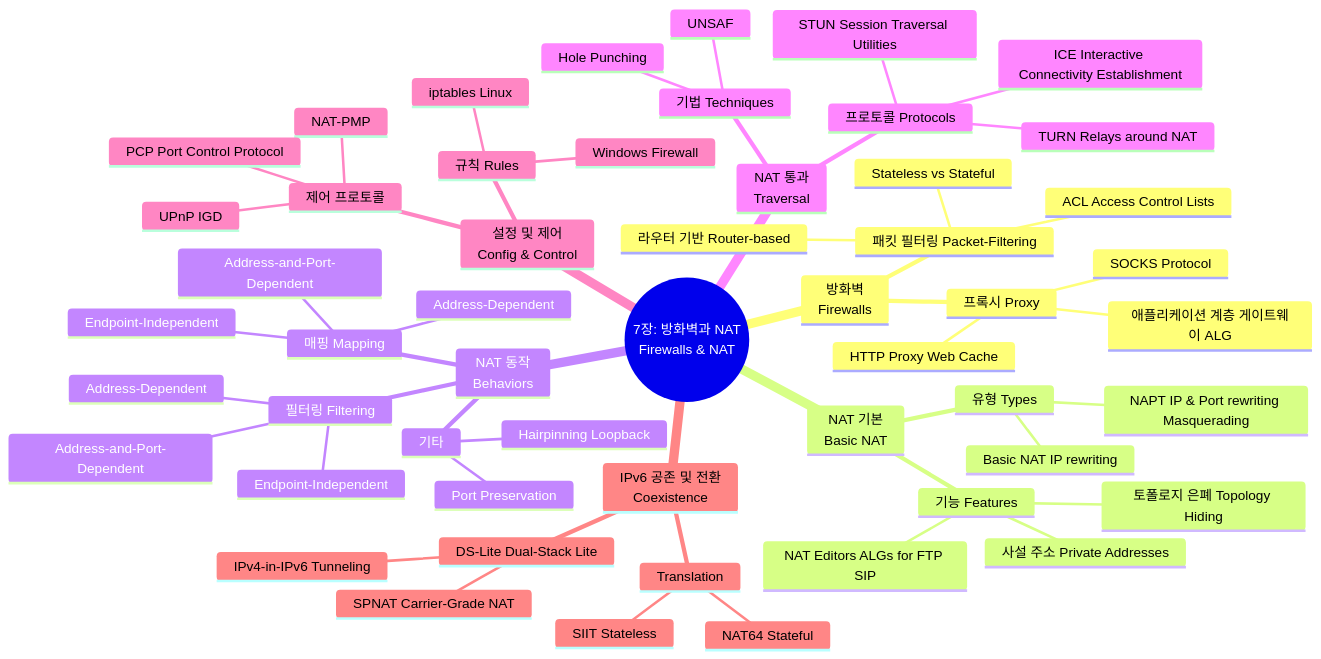
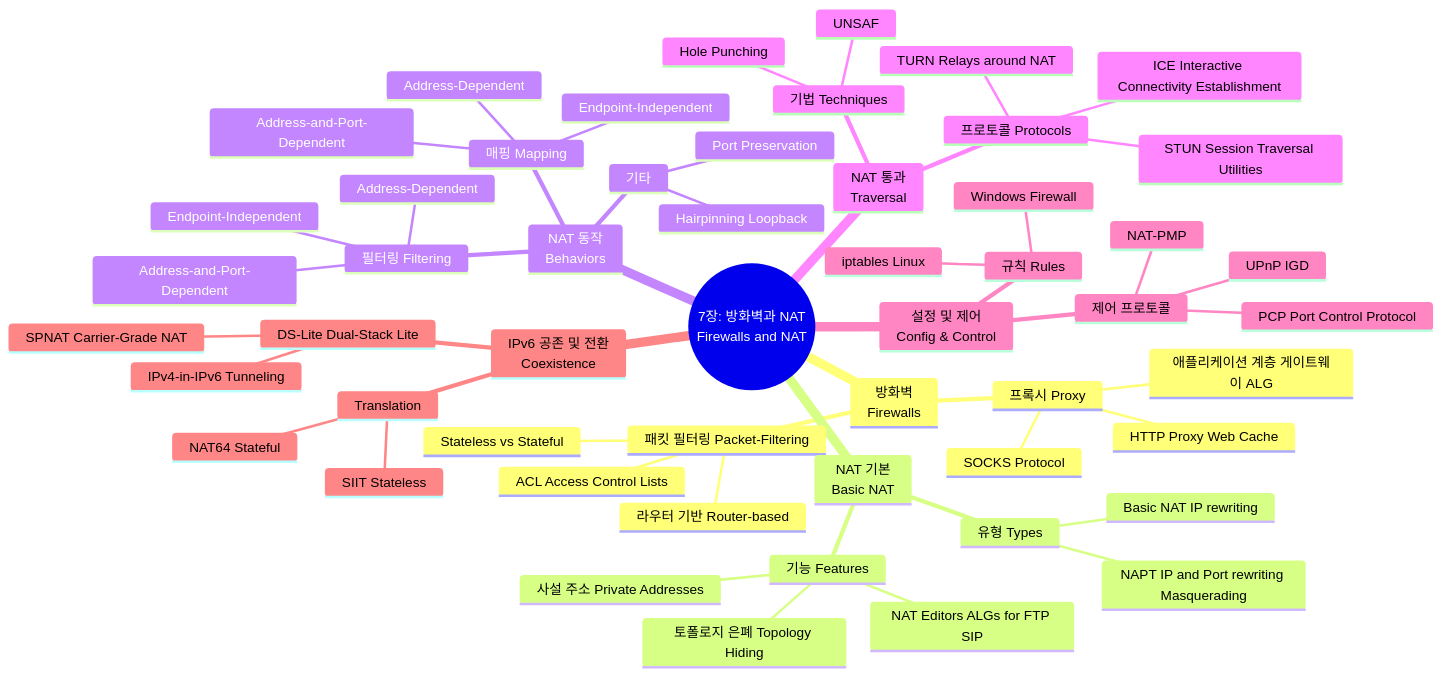
The diagram in 01_inbox/books/tcp_ip_illustrated_1/chapter7.md (youngmin-gwon/what-i-studied), drawn with Mermaid before and after one commit. The commit also changed other lines of this file and 29 other files, not shown here.

````diff
--- a/01_inbox/books/tcp_ip_illustrated_1/chapter7.md
+++ b/01_inbox/books/tcp_ip_illustrated_1/chapter7.md
@@ -11,56 +11,56 @@
 ```mermaid
 mindmap
-  root((7장: 방화벽과 NAT<br>Firewalls & NAT))
+  root((7장: 방화벽과 NAT<br>Firewalls and NAT))
     방화벽<br>Firewalls
       패킷 필터링 Packet-Filtering
         라우터 기반 Router-based
         Stateless vs Stateful
         ACL Access Control Lists
       프록시 Proxy
         애플리케이션 계층 게이트웨이 ALG
         HTTP Proxy Web Cache
         SOCKS Protocol
     NAT 기본<br>Basic NAT
       유형 Types
         Basic NAT IP rewriting
-        NAPT IP & Port rewriting Masquerading
+        NAPT IP and Port rewriting Masquerading
       기능 Features
         사설 주소 Private Addresses
         토폴로지 은폐 Topology Hiding
         NAT Editors ALGs for FTP SIP
     NAT 동작<br>Behaviors
       매핑 Mapping
         Endpoint-Independent
         Address-Dependent
         Address-and-Port-Dependent
       필터링 Filtering
         Endpoint-Independent
         Address-Dependent
         Address-and-Port-Dependent
       기타
         Hairpinning Loopback
         Port Preservation
     NAT 통과<br>Traversal
       기법 Techniques
         Hole Punching
         UNSAF
       프로토콜 Protocols
         STUN Session Traversal Utilities
         TURN Relays around NAT
         ICE Interactive Connectivity Establishment
     설정 및 제어<br>Config & Control
       규칙 Rules
         iptables Linux
         Windows Firewall
       제어 프로토콜
         UPnP IGD
         NAT-PMP
         PCP Port Control Protocol
     IPv6 공존 및 전환<br>Coexistence
       DS-Lite Dual-Stack Lite
         IPv4-in-IPv6 Tunneling
         SPNAT Carrier-Grade NAT
       Translation
         NAT64 Stateful
         SIIT Stateless
 ```
````
